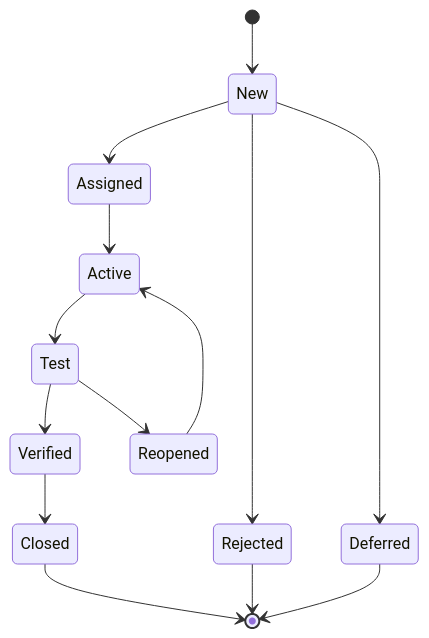
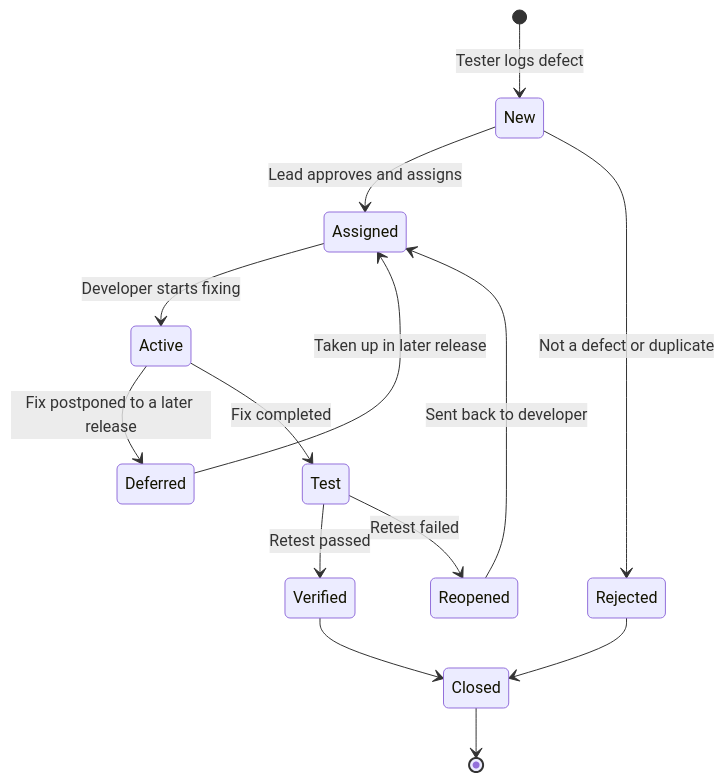
One commit to Ajay120503/ST_Notes changed diagram 12 of 41 in README.md. Above: the diagram before and after it, drawn with Mermaid. The commit also changed other lines of this file, not shown here.

````diff
--- a/README.md
+++ b/README.md
@@ -189,16 +372,16 @@
 ```mermaid
 stateDiagram-v2
-    [*] --> New
-    New --> Assigned
-    New --> Rejected
-    New --> Deferred
-    Assigned --> Active
-    Active --> Test
-    Test --> Verified
-    Test --> Reopened
-    Reopened --> Active
+    [*] --> New : Tester logs defect
+    New --> Assigned : Lead approves and assigns
+    New --> Rejected : Not a defect or duplicate
+    Assigned --> Active : Developer starts fixing
+    Active --> Deferred : Fix postponed to a later release
+    Active --> Test : Fix completed
+    Test --> Verified : Retest passed
+    Test --> Reopened : Retest failed
+    Reopened --> Assigned : Sent back to developer
+    Deferred --> Assigned : Taken up in later release
     Verified --> Closed
-    Rejected --> [*]
-    Deferred --> [*]
+    Rejected --> Closed
     Closed --> [*]
 ```
````
